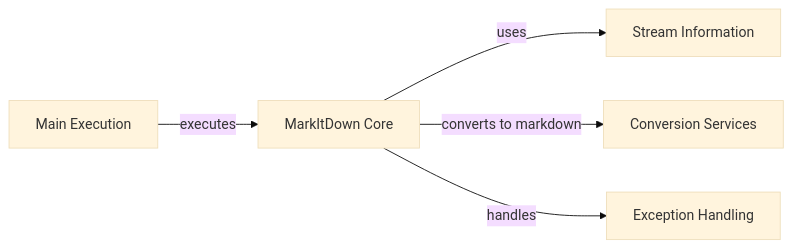
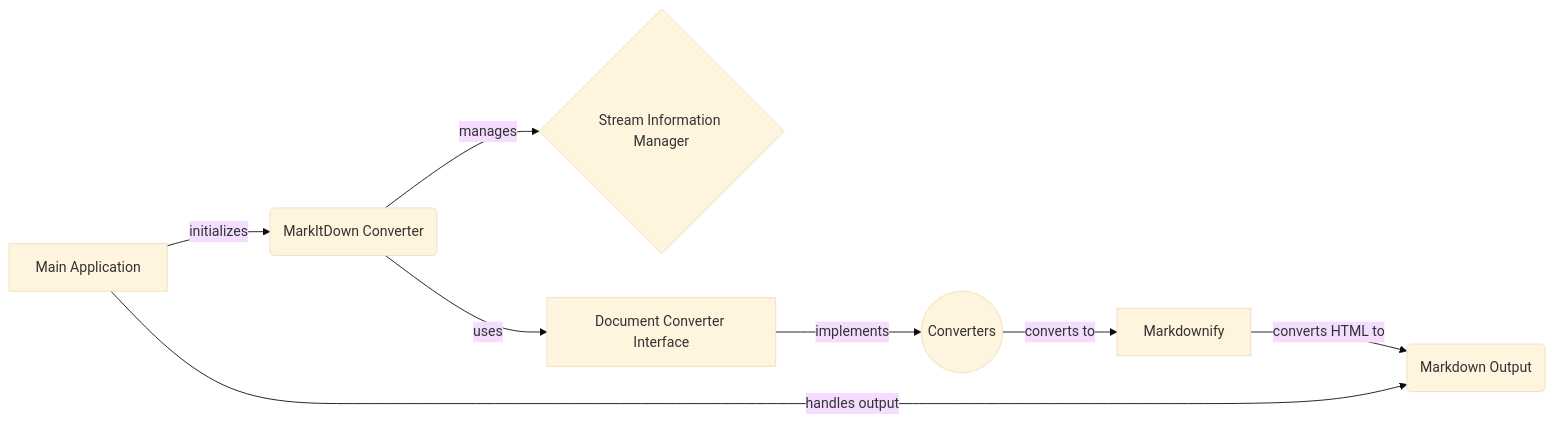
Before and after one commit to CodeBoarding/GeneratedOnBoardings: the diagram in markitdown/on_boarding.md, drawn with Mermaid (base theme). The commit also changed other lines of this file and 11 other files, not shown here.

````diff
--- a/markitdown/on_boarding.md
+++ b/markitdown/on_boarding.md
@@ -1,18 +5,17 @@
 ```mermaid
 graph LR
-    Main_Execution["Main Execution"]
-    MarkItDown_Core["MarkItDown Core"]
-    Stream_Information["Stream Information"]
-    Conversion_Services["Conversion Services"]
-    Exception_Handling["Exception Handling"]
-    Main_Execution -- "executes" --> MarkItDown_Core
-    MarkItDown_Core -- "uses" --> Stream_Information
-    MarkItDown_Core -- "converts to markdown" --> Conversion_Services
-    MarkItDown_Core -- "handles" --> Exception_Handling
+    A[Main Application] -- initializes --> B(MarkItDown Converter)
+    B -- manages --> C{Stream Information Manager}
+    B -- uses --> D[Document Converter Interface]
+    D -- implements --> E((Converters))
+    E -- converts to --> F[Markdownify]
+    F -- converts HTML to --> G(Markdown Output)
+    A -- handles output --> G
 
-click Main_Execution href "https://github.com/CodeBoarding/GeneratedOnBoardings/blob/main/markitdown//Main Execution.md"
-click MarkItDown_Core href "https://github.com/CodeBoarding/GeneratedOnBoardings/blob/main/markitdown//MarkItDown Core.md"
-click Stream_Information href "https://github.com/CodeBoarding/GeneratedOnBoardings/blob/main/markitdown//Stream Information.md"
-click Conversion_Services href "https://github.com/CodeBoarding/GeneratedOnBoardings/blob/main/markitdown//Conversion Services.md"
-click Exception_Handling href "https://github.com/CodeBoarding/GeneratedOnBoardings/blob/main/markitdown//Exception Handling.md"
+click A href "https://github.com/CodeBoarding/GeneratedOnBoardings/blob/main/markitdown//Main Application.md"
+click B href "https://github.com/CodeBoarding/GeneratedOnBoardings/blob/main/markitdown//MarkItDown Converter.md"
+click C href "https://github.com/CodeBoarding/GeneratedOnBoardings/blob/main/markitdown//Stream Information Manager.md"
+click D href "https://github.com/CodeBoarding/GeneratedOnBoardings/blob/main/markitdown//Document Converter Interface.md"
+click E href "https://github.com/CodeBoarding/GeneratedOnBoardings/blob/main/markitdown//Converters.md"
+click F href "https://github.com/CodeBoarding/GeneratedOnBoardings/blob/main/markitdown//Markdownify.md"
 ```
````
